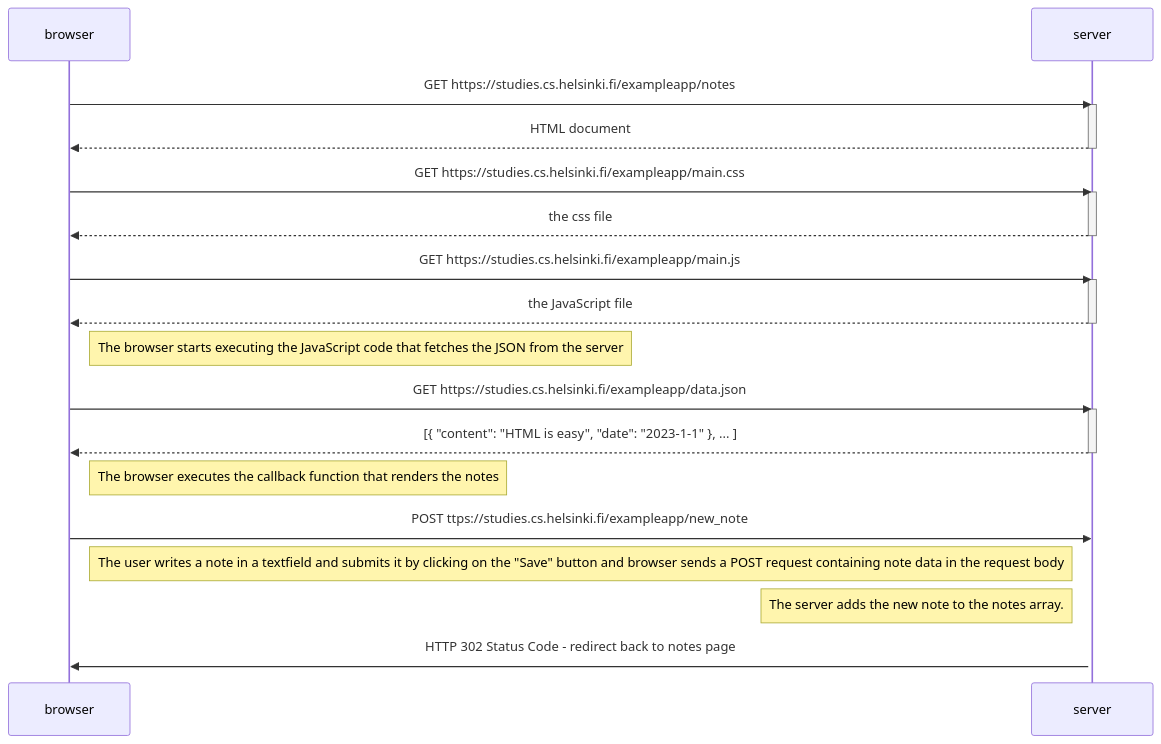
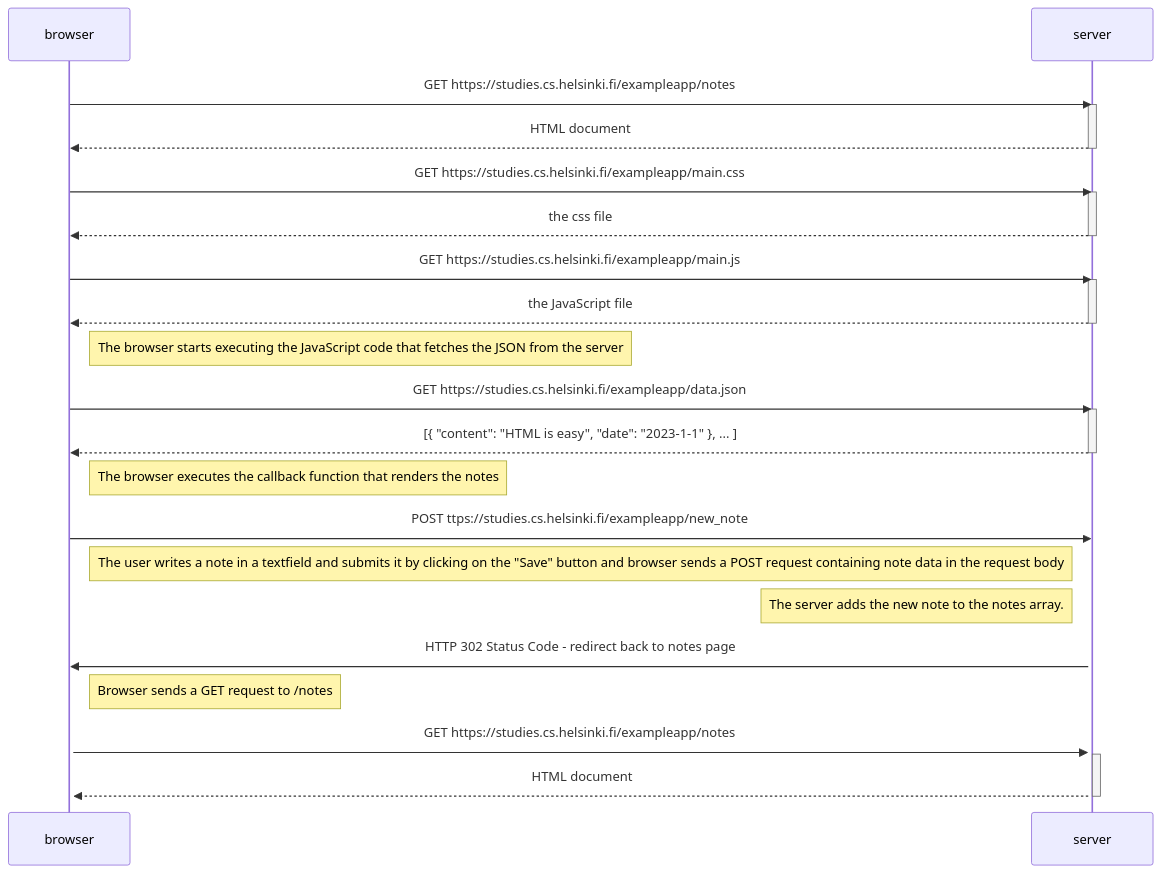
Before and after one commit to anasommer/fullstackopen: the diagram in part0/sequenceDiagram.md, drawn with Mermaid.

Commit message:
response

````diff
--- a/part0/sequenceDiagram.md
+++ b/part0/sequenceDiagram.md
@@ -1,42 +1,47 @@
 ```mermaid
 sequenceDiagram
     participant browser
     participant server
 
     browser->>server: GET https://studies.cs.helsinki.fi/exampleapp/notes
     activate server
     server-->>browser: HTML document
     deactivate server
 
     browser->>server: GET https://studies.cs.helsinki.fi/exampleapp/main.css
     activate server
     server-->>browser: the css file
     deactivate server
 
     browser->>server: GET https://studies.cs.helsinki.fi/exampleapp/main.js
     activate server
     server-->>browser: the JavaScript file
     deactivate server
 
     Note right of browser: The browser starts executing the JavaScript code that fetches the JSON from the server
 
     browser->>server: GET https://studies.cs.helsinki.fi/exampleapp/data.json
     activate server
     server-->>browser: [{ "content": "HTML is easy", "date": "2023-1-1" }, ... ]
     deactivate server
 
     Note right of browser: The browser executes the callback function that renders the notes
 
 
     browser->>server: POST ttps://studies.cs.helsinki.fi/exampleapp/new_note
     activate server
 
         Note right of browser: The user writes a note in a textfield and submits it by clicking on the "Save" button and browser sends a POST request containing note data in the request body
 
         Note left of server: The server adds the new note to the notes array.
 
     server->>browser: HTTP 302 Status Code - redirect back to notes page
     activate browser
 
+ Note right of browser: Browser sends a GET request to /notes
 
+  browser->>server: GET https://studies.cs.helsinki.fi/exampleapp/notes
+    activate server
+    server-->>browser: HTML document
+    deactivate server
 ```
````
